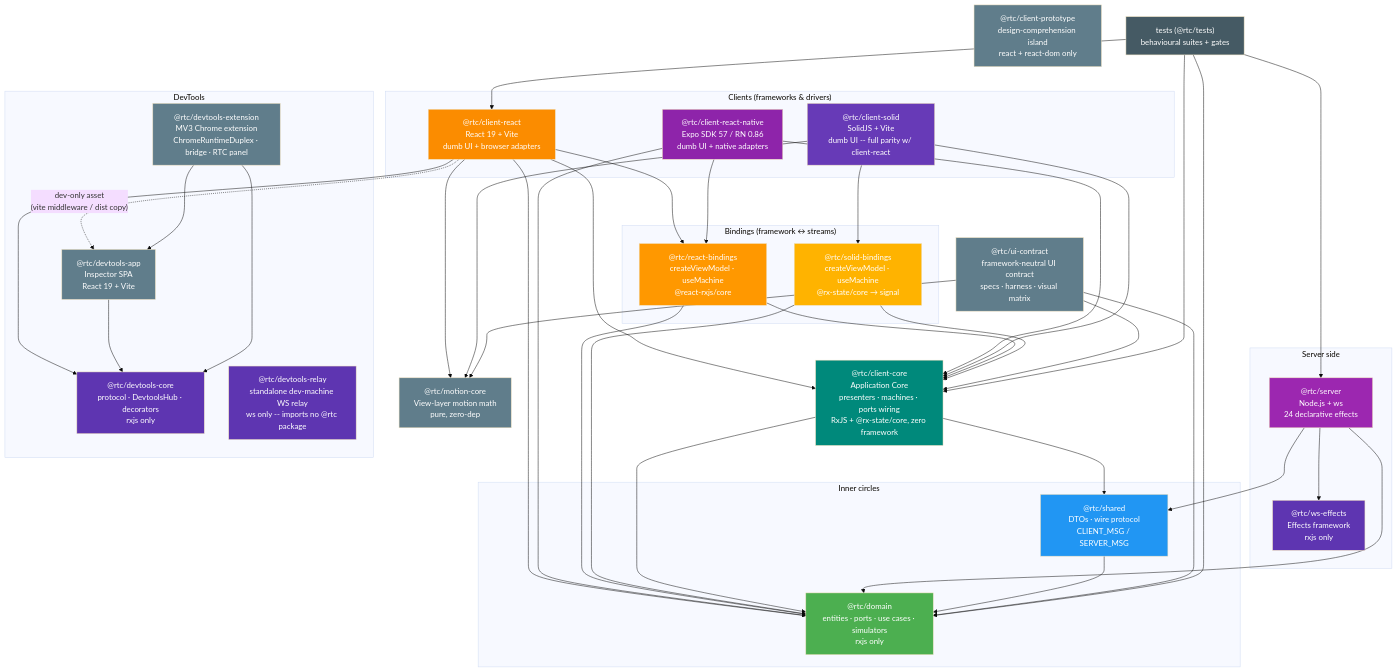
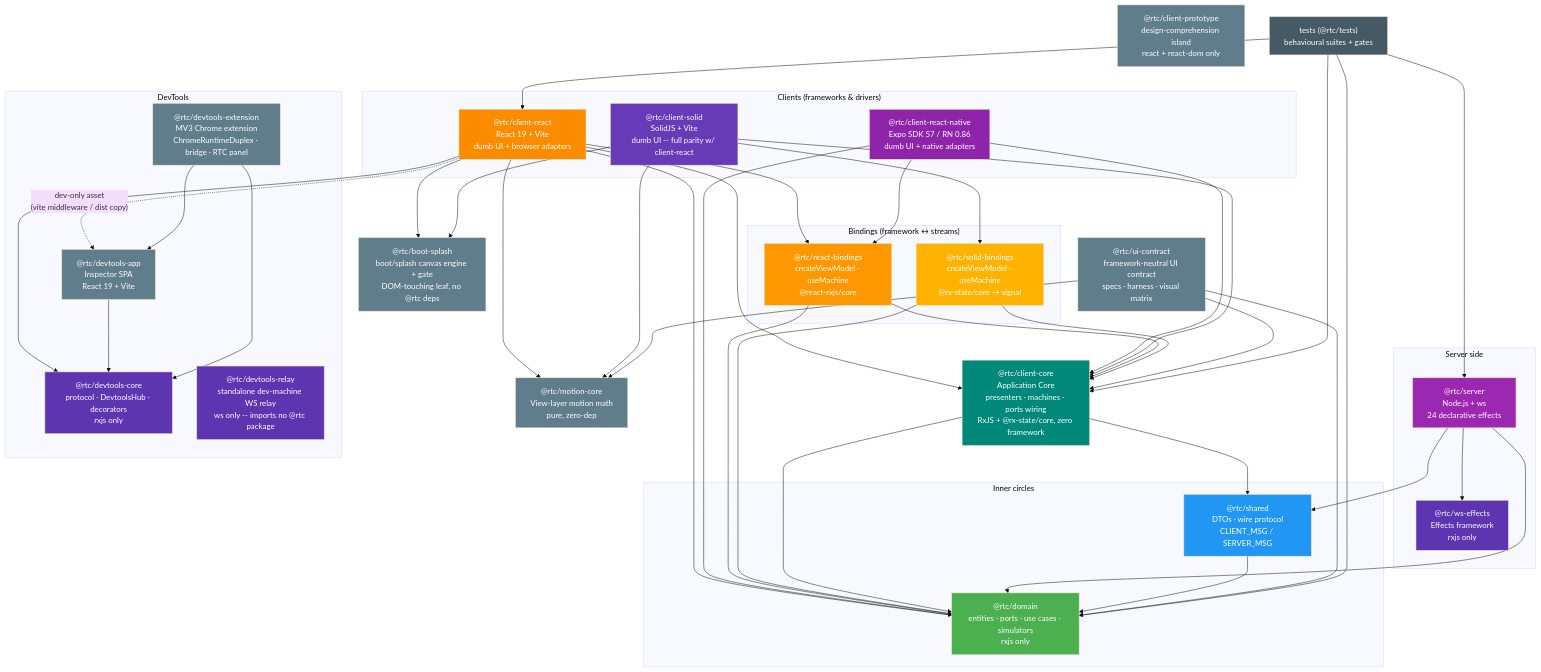
One commit to bettersoftware-io/ReactiveTraderCloudClone changed the diagram in docs/architecture/06-package-dependencies.md. Above: the diagram before and after it, drawn with Mermaid (base theme). The commit also changed other lines of this file and 5 other files, not shown here.

First line of the commit message:
chore(boot-splash): wire package gates + doc sync

```diff
--- a/docs/architecture/06-package-dependencies.md
+++ b/docs/architecture/06-package-dependencies.md
@@ -38,6 +38,7 @@
 
     proto["@rtc/client-prototype\ndesign-comprehension island\nreact + react-dom only"]
     motion["@rtc/motion-core\nView-layer motion math\npure, zero-dep"]
+    boot["@rtc/boot-splash\nboot/splash canvas engine + gate\nDOM-touching leaf, no @rtc deps"]
     uic["@rtc/ui-contract\nframework-neutral UI contract\nspecs · harness · visual matrix"]
     tests["tests (@rtc/tests)\nbehavioural suites + gates"]
 
@@ -45,6 +46,7 @@
     webc --> core
     webc --> domain
     webc --> motion
+    webc --> boot
     webc --> dtcore
     webc -.->|"dev-only asset\n(vite middleware / dist copy)"| dtapp
     dtapp --> dtcore
@@ -56,6 +58,7 @@
     solidc --> sb
     solidc --> core
     solidc --> motion
+    solidc --> boot
     rb --> core
     rb --> domain
     sb --> core
@@ -84,6 +87,7 @@
     style wse fill:#5E35B1,color:#fff
     style proto fill:#607D8B,color:#fff
     style motion fill:#607D8B,color:#fff
+    style boot fill:#607D8B,color:#fff
     style uic fill:#607D8B,color:#fff
     style solidc fill:#673AB7,color:#fff
     style sb fill:#FFB300,color:#fff
```
